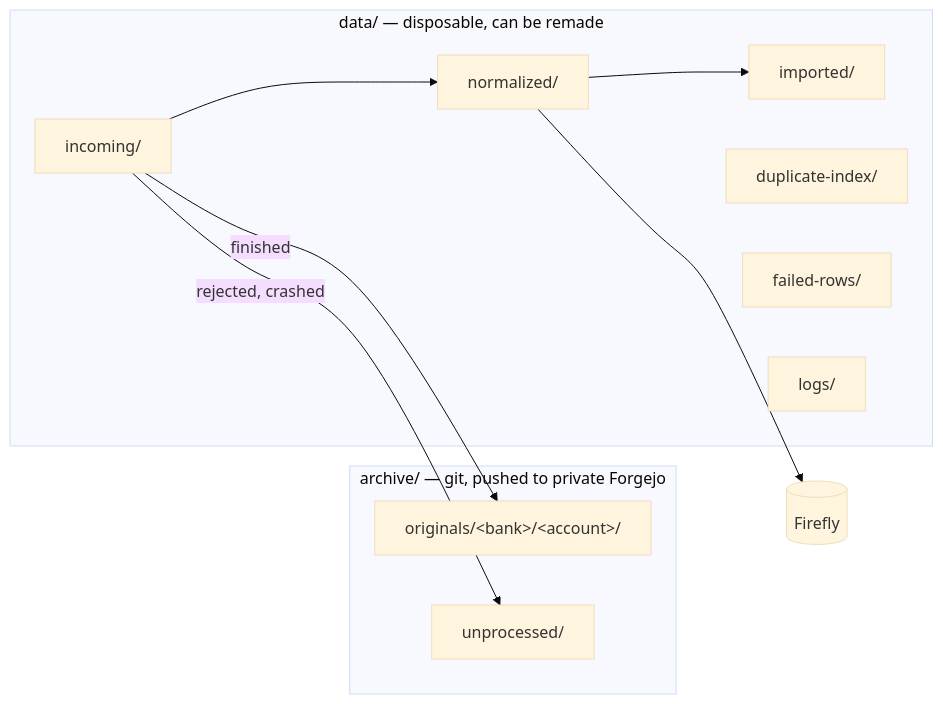
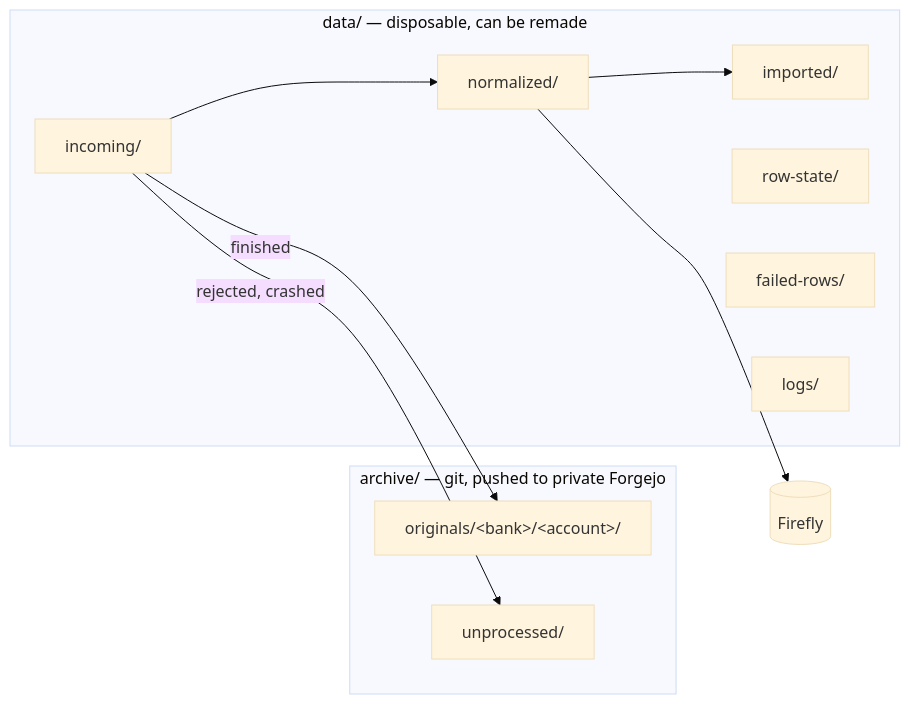
One commit to TrueNAS-Script-Kiddie/firefly-iii-feeder changed the first of 8 diagrams in docs/archive-and-reload.md. Above: the diagram before and after it, drawn with Mermaid (base theme). The commit also changed other lines of this file and 13 other files, not shown here.

````diff
--- a/docs/archive-and-reload.md
+++ b/docs/archive-and-reload.md
@@ -67,16 +67,16 @@
 ```mermaid
 flowchart LR
     subgraph KEEP["archive/ — git, pushed to private Forgejo"]
         OR["originals/#lt;bank#gt;/#lt;account#gt;/"]
         UN["unprocessed/"]
     end
     subgraph DISP["data/ — disposable, can be remade"]
         IN[incoming/] --> NO[normalized/] --> IM[imported/]
-        IX[duplicate-index/]
+        IX[row-state/]
         FR[failed-rows/]
         LO[logs/]
     end
     IN -->|finished| OR
     IN -->|rejected, crashed| UN
     NO --> FF[(Firefly)]
 ```
````
